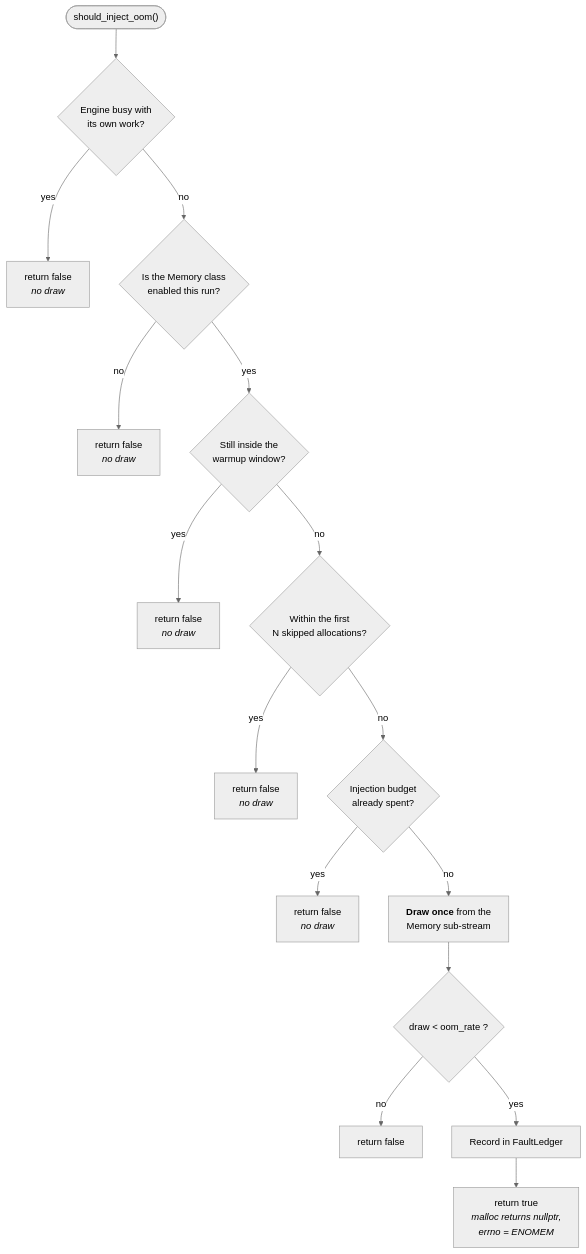
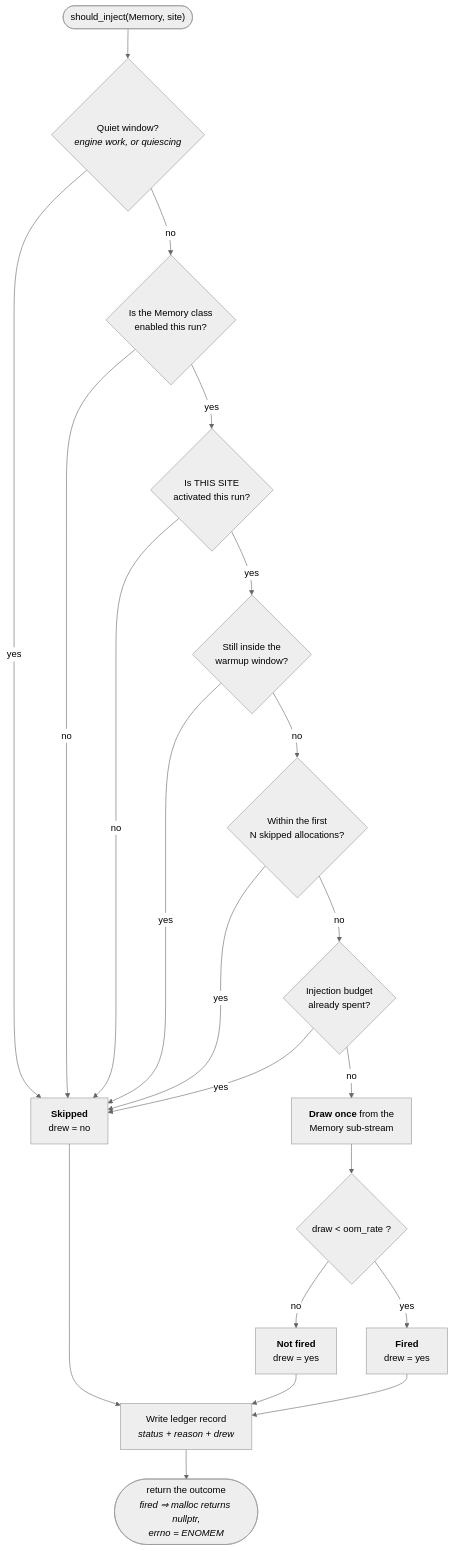
Before and after one commit to Soham-Maha/cosmos: the third of 3 diagrams in docs/fault-injection.md, drawn with Mermaid (neutral theme). The commit also changed other lines of this file, not shown here.

````diff
--- a/docs/fault-injection.md
+++ b/docs/fault-injection.md
@@ -330,17 +458,24 @@
 ```mermaid
 flowchart TD
-    Start(["should_inject_oom()"]) --> G1{"Engine busy with<br>its own work?"}
-    G1 -- yes --> No1["return false<br><i>no draw</i>"]
+    Start(["should_inject(Memory, site)"]) --> G1{"Quiet window?<br><i>engine work, or quiescing</i>"}
+    G1 -- yes --> Skip["<b>Skipped</b><br>drew = no"]
     G1 -- no --> G2{"Is the Memory class<br>enabled this run?"}
-    G2 -- no --> No2["return false<br><i>no draw</i>"]
-    G2 -- yes --> G3{"Still inside the<br>warmup window?"}
-    G3 -- yes --> No3["return false<br><i>no draw</i>"]
+    G2 -- no --> Skip
+    G2 -- yes --> G2b{"Is THIS SITE<br>activated this run?"}
+    G2b -- no --> Skip
+    G2b -- yes --> G3{"Still inside the<br>warmup window?"}
+    G3 -- yes --> Skip
     G3 -- no --> G4{"Within the first<br>N skipped allocations?"}
-    G4 -- yes --> No4["return false<br><i>no draw</i>"]
+    G4 -- yes --> Skip
     G4 -- no --> G5{"Injection budget<br>already spent?"}
-    G5 -- yes --> No5["return false<br><i>no draw</i>"]
+    G5 -- yes --> Skip
     G5 -- no --> Draw["<b>Draw once</b> from the<br>Memory sub-stream"]
     Draw --> Cmp{"draw &lt; oom_rate ?"}
-    Cmp -- no --> No6["return false"]
-    Cmp -- yes --> Rec["Record in FaultLedger"] --> Yes["return true<br><i>malloc returns nullptr,<br>errno = ENOMEM</i>"]
+    Cmp -- no --> Lost["<b>Not fired</b><br>drew = yes"]
+    Cmp -- yes --> Fired["<b>Fired</b><br>drew = yes"]
+
+    Skip --> Rec["Write ledger record<br><i>status + reason + drew</i>"]
+    Lost --> Rec
+    Fired --> Rec
+    Rec --> Out(["return the outcome<br><i>fired ⇒ malloc returns nullptr,<br>errno = ENOMEM</i>"])
 ```
````
